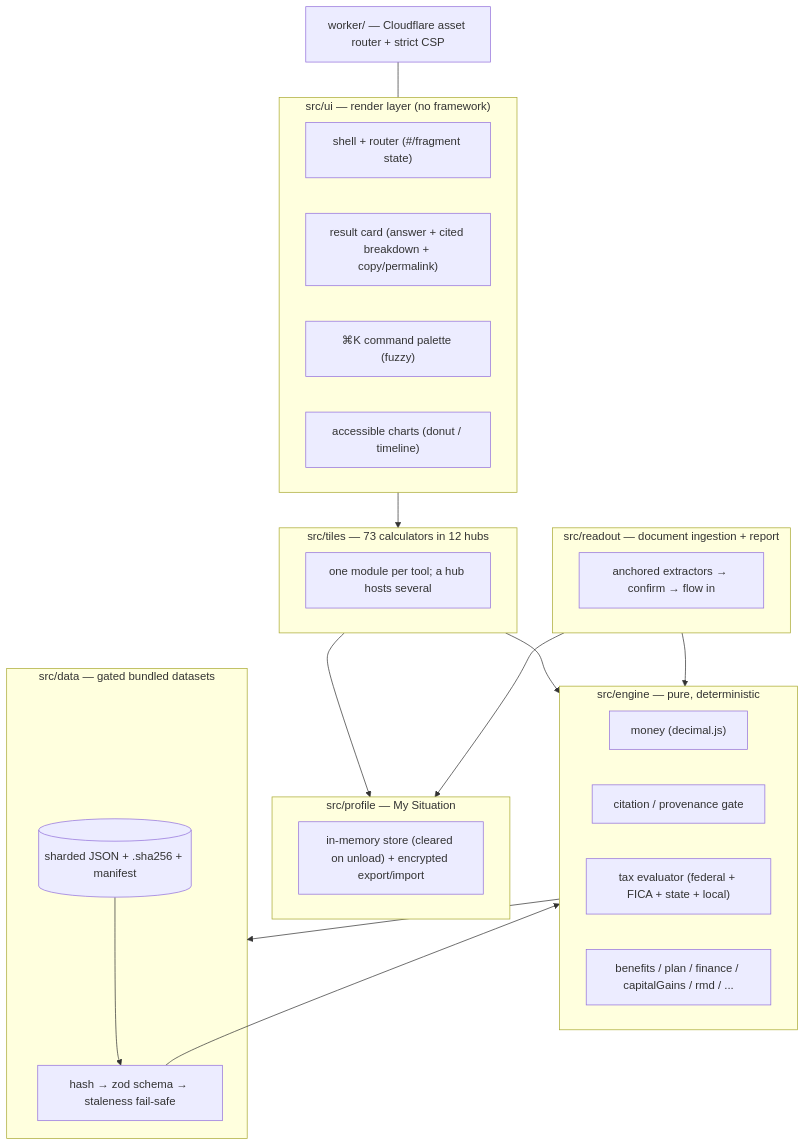
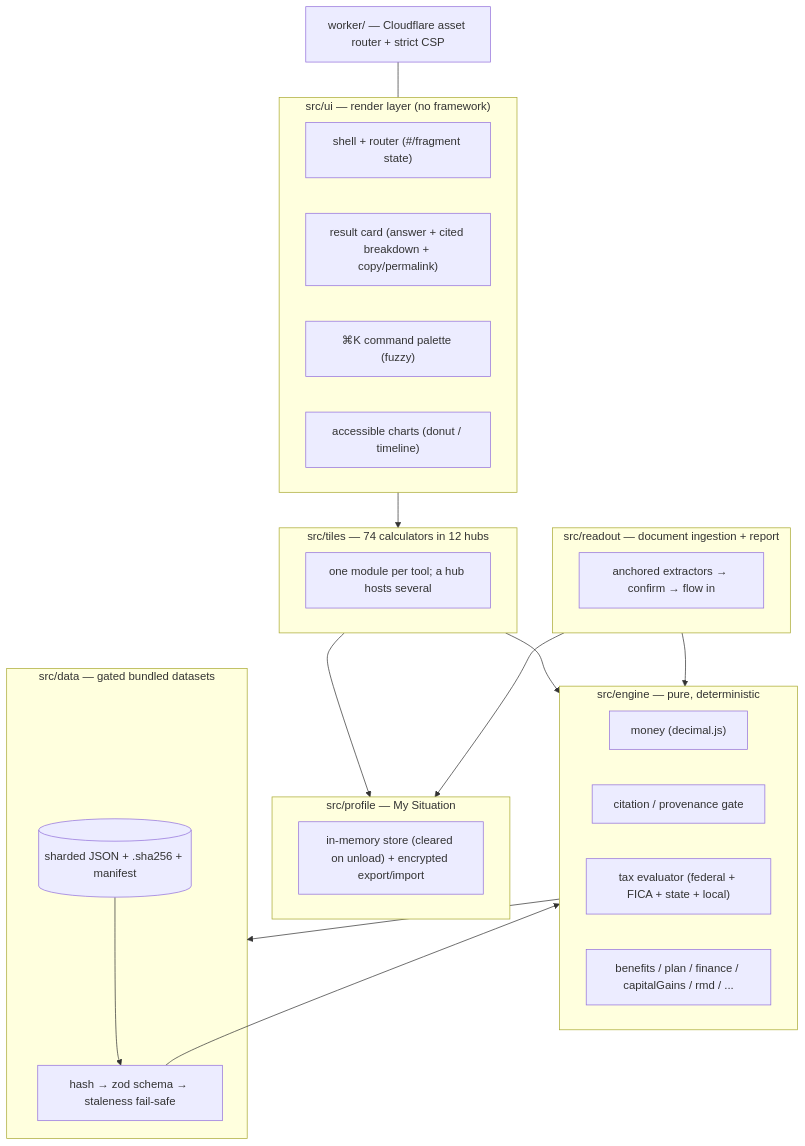
One commit to clay-good/enklayve changed the second of 7 diagrams in docs/under-the-hood.md. Above: the diagram before and after it, drawn with Mermaid. The commit also changed other lines of this file and 20 other files, not shown here.

````diff
--- a/docs/under-the-hood.md
+++ b/docs/under-the-hood.md
@@ -300,36 +300,36 @@
 ```mermaid
 flowchart TD
     subgraph UI["src/ui — render layer (no framework)"]
         SH["shell + router (#/fragment state)"]
         RC["result card (answer + cited breakdown + copy/permalink)"]
         CP["⌘K command palette (fuzzy)"]
         CH["accessible charts (donut / timeline)"]
     end
-    subgraph TILES["src/tiles — 73 calculators in 12 hubs"]
+    subgraph TILES["src/tiles — 74 calculators in 12 hubs"]
         T1["one module per tool; a hub hosts several"]
     end
     subgraph PROFILE["src/profile — My Situation"]
         PS["in-memory store (cleared on unload) + encrypted export/import"]
     end
     subgraph READOUT["src/readout — document ingestion + report"]
         RX["anchored extractors → confirm → flow in"]
     end
     subgraph ENGINE["src/engine — pure, deterministic"]
         MN["money (decimal.js)"]
         CI["citation / provenance gate"]
         TAX["tax evaluator (federal + FICA + state + local)"]
         BEN["benefits / plan / finance / capitalGains / rmd / ..."]
     end
     subgraph DATA["src/data — gated bundled datasets"]
         LO["hash → zod schema → staleness fail-safe"]
         DS[("sharded JSON + .sha256 + manifest")]
     end
     TILES --> ENGINE
     READOUT --> ENGINE
     TILES --> PROFILE
     READOUT --> PROFILE
     UI --> TILES
     ENGINE --> DATA
     DS --> LO --> ENGINE
     WORKER["worker/ — Cloudflare asset router + strict CSP"] --- UI
 ```
````
